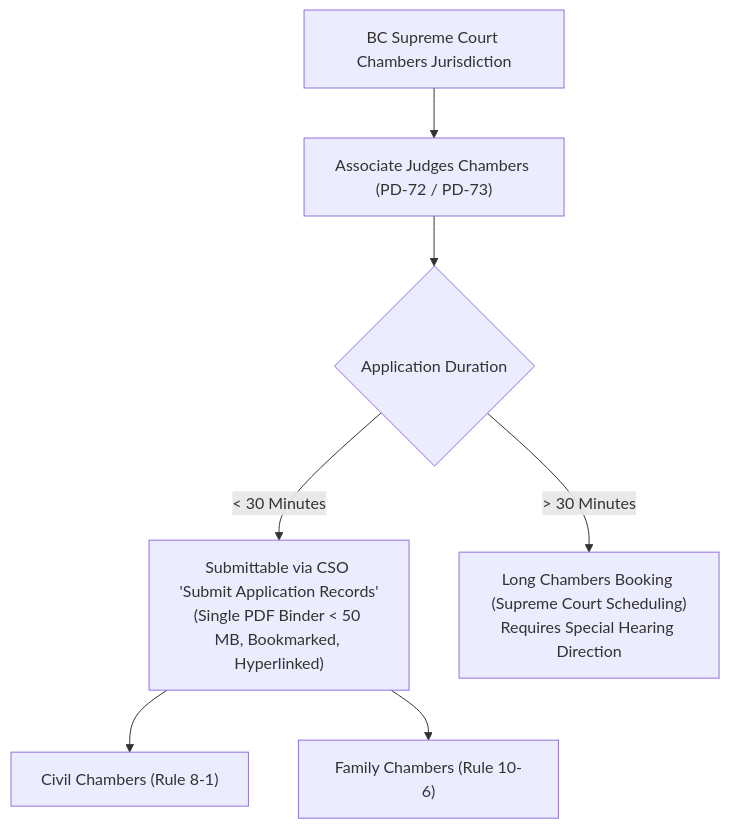
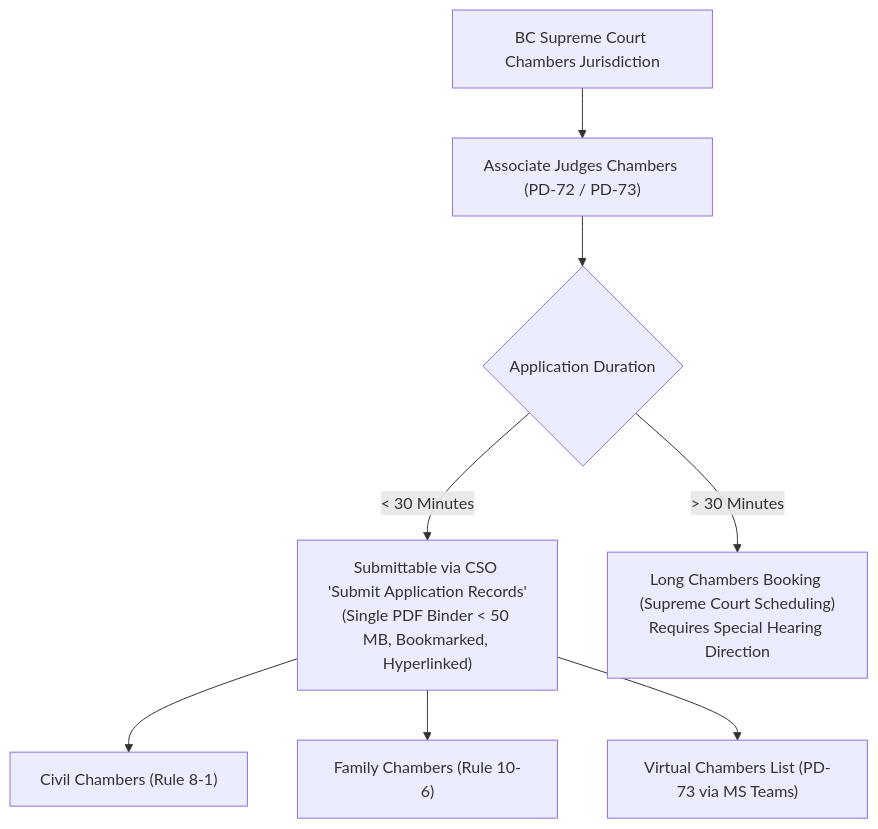
Before and after one commit to bcgov/bc-court-binder-builder: the first of 2 diagrams in architecture.md, drawn with Mermaid. The commit also changed other lines of this file and 1 other file, not shown here.

First line of the commit message:
docs: add INSTALL.md and update architecture.md for standalone repo

````diff
--- a/architecture.md
+++ b/architecture.md
@@ -13,10 +13,11 @@
 ```mermaid
 flowchart TD
     BCSC["BC Supreme Court Chambers Jurisdiction"] --> Pilot["Associate Judges Chambers (PD-72 / PD-73)"]
     Pilot --> RuleCheck{"Application Duration"}
     RuleCheck -->|"< 30 Minutes"| Submittable["Submittable via CSO 'Submit Application Records'<br/>(Single PDF Binder < 50 MB, Bookmarked, Hyperlinked)"]
     RuleCheck -->|"> 30 Minutes"| LongChambers["Long Chambers Booking (Supreme Court Scheduling)<br/>Requires Special Hearing Direction"]
     
     Submittable --> Civil["Civil Chambers (Rule 8-1)"]
     Submittable --> Family["Family Chambers (Rule 10-6)"]
+    Submittable --> Virtual["Virtual Chambers List (PD-73 via MS Teams)"]
 ```
````
